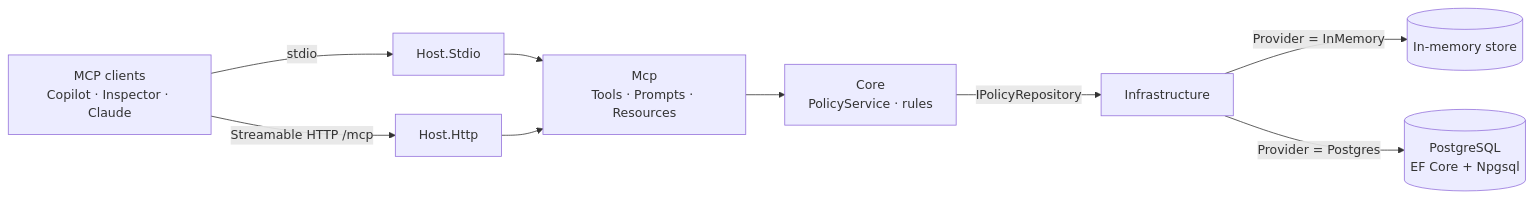
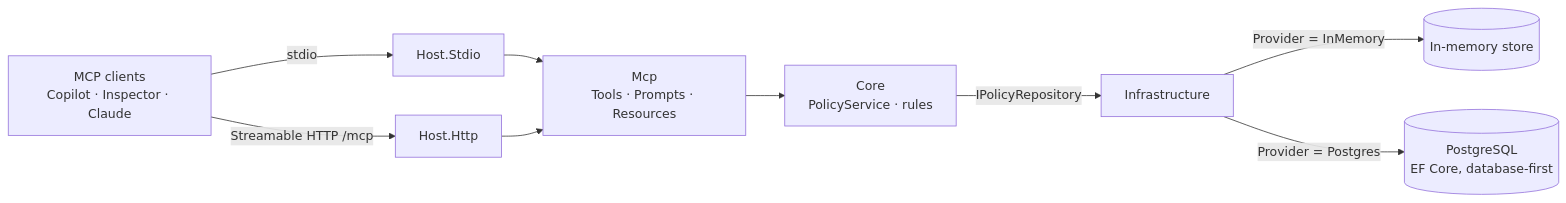
Before and after one commit to buildlogic45/mcp-server-insurance-domain: the diagram in README.md, drawn with Mermaid. The commit also changed other lines of this file and 20 other files, not shown here.

Commit message:
ef core database first

````diff
--- a/README.md
+++ b/README.md
@@ -31,11 +31,11 @@
 ```mermaid
 flowchart LR
     C[MCP clients<br/>Copilot · Inspector · Claude] -->|stdio| S[Host.Stdio]
     C -->|Streamable HTTP /mcp| H[Host.Http]
     S --> M[Mcp<br/>Tools · Prompts · Resources]
     H --> M
     M --> CO[Core<br/>PolicyService · rules]
     CO -->|IPolicyRepository| I[Infrastructure]
     I -->|Provider = InMemory| MEM[(In-memory store)]
-    I -->|Provider = Postgres| DB[(PostgreSQL<br/>EF Core + Npgsql)]
+    I -->|Provider = Postgres| DB[(PostgreSQL<br/>EF Core, database-first)]
 ```
````
